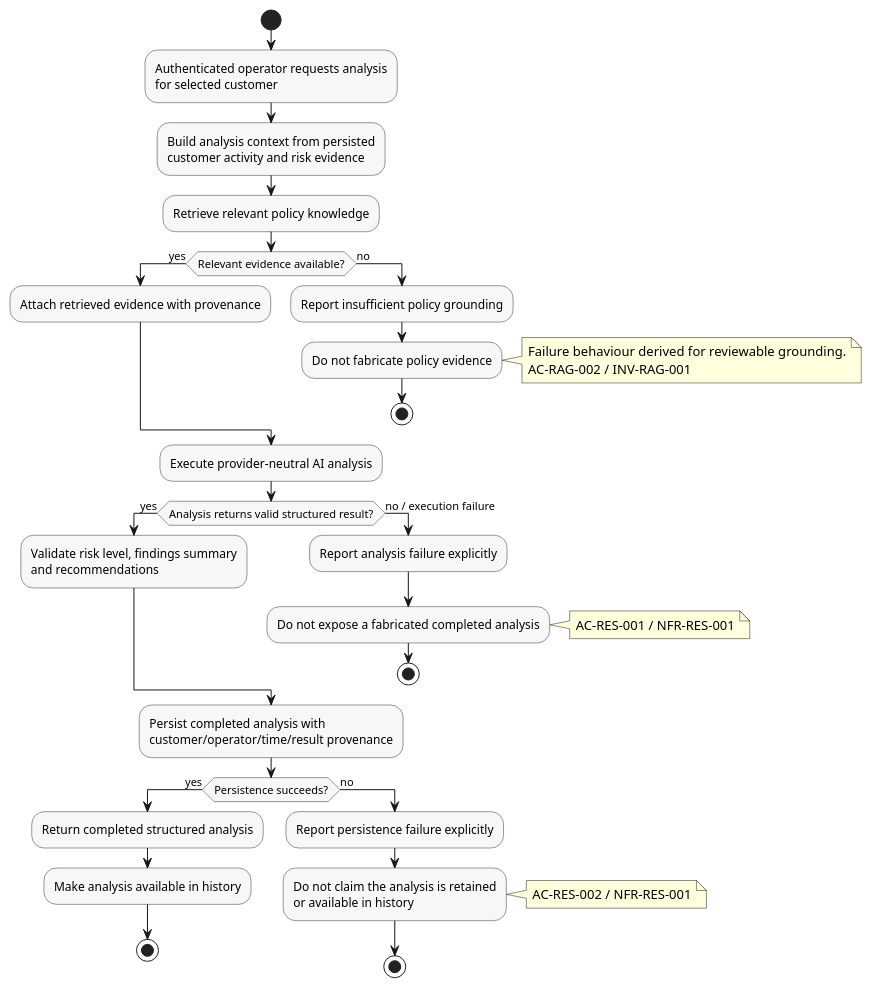
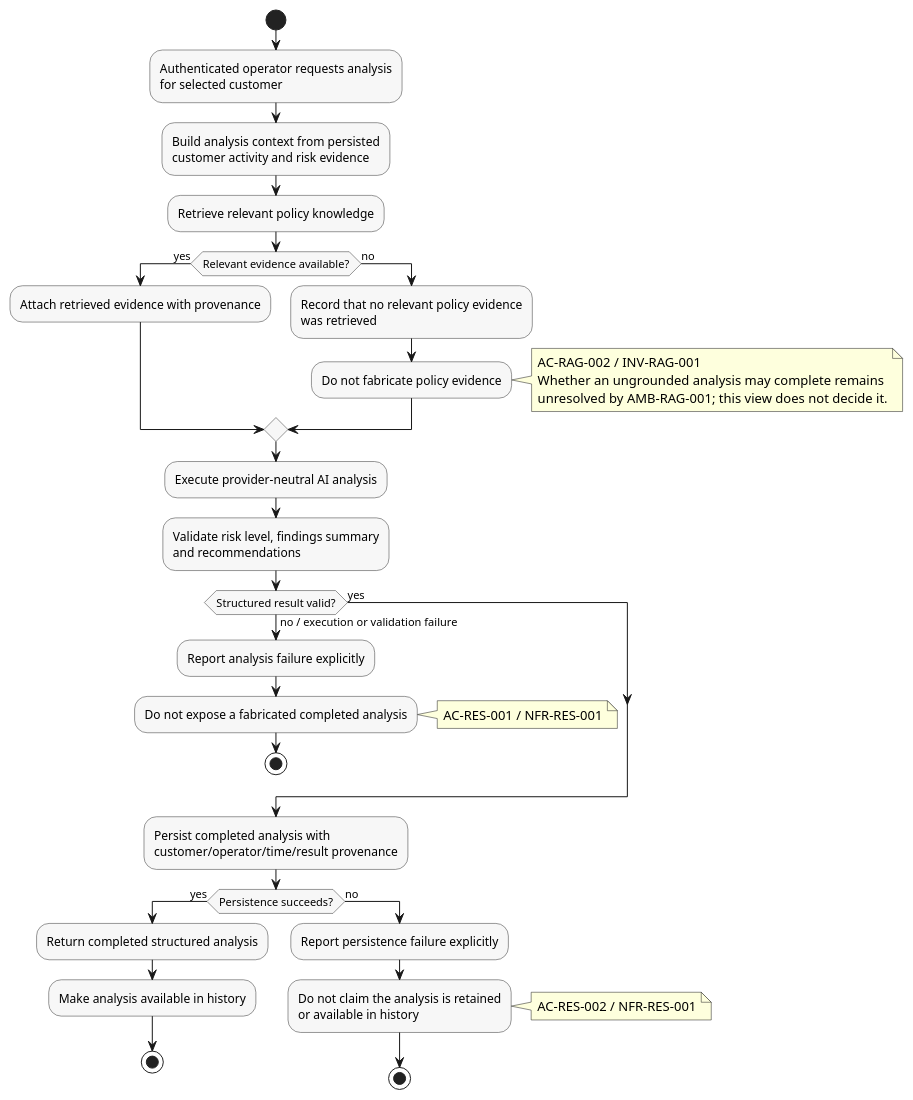
Before and after one commit to jdoe-dev-159753/specgraph-reference-app: the diagram in docs/assignment/SRS/diagrams/srs-analysis-activity.puml, drawn with PlantUML.

Commit message:
docs: preserve unresolved grounding policy in SRS flow

```diff
--- a/docs/assignment/SRS/diagrams/srs-analysis-activity.puml
+++ b/docs/assignment/SRS/diagrams/srs-analysis-activity.puml
@@ -1,54 +1,55 @@
 @startuml
 skinparam linetype ortho
 skinparam activity {
   BackgroundColor #F7F7F7
   BorderColor #303030
 }
 
 start
 :Authenticated operator requests analysis
 for selected customer;
 :Build analysis context from persisted
 customer activity and risk evidence;
 :Retrieve relevant policy knowledge;
 if (Relevant evidence available?) then (yes)
   :Attach retrieved evidence with provenance;
 else (no)
-  :Report insufficient policy grounding;
+  :Record that no relevant policy evidence
+was retrieved;
   :Do not fabricate policy evidence;
   note right
-    Failure behaviour derived for reviewable grounding.
     AC-RAG-002 / INV-RAG-001
+    Whether an ungrounded analysis may complete remains
+    unresolved by AMB-RAG-001; this view does not decide it.
   end note
-  stop
 endif
 
 :Execute provider-neutral AI analysis;
-if (Analysis returns valid structured result?) then (yes)
-  :Validate risk level, findings summary
+:Validate risk level, findings summary
 and recommendations;
-else (no / execution failure)
+if (Structured result valid?) then (yes)
+else (no / execution or validation failure)
   :Report analysis failure explicitly;
   :Do not expose a fabricated completed analysis;
   note right
     AC-RES-001 / NFR-RES-001
   end note
   stop
 endif
 
 :Persist completed analysis with
 customer/operator/time/result provenance;
 if (Persistence succeeds?) then (yes)
   :Return completed structured analysis;
   :Make analysis available in history;
   stop
 else (no)
   :Report persistence failure explicitly;
   :Do not claim the analysis is retained
 or available in history;
   note right
     AC-RES-002 / NFR-RES-001
   end note
   stop
 endif
 @enduml
```
